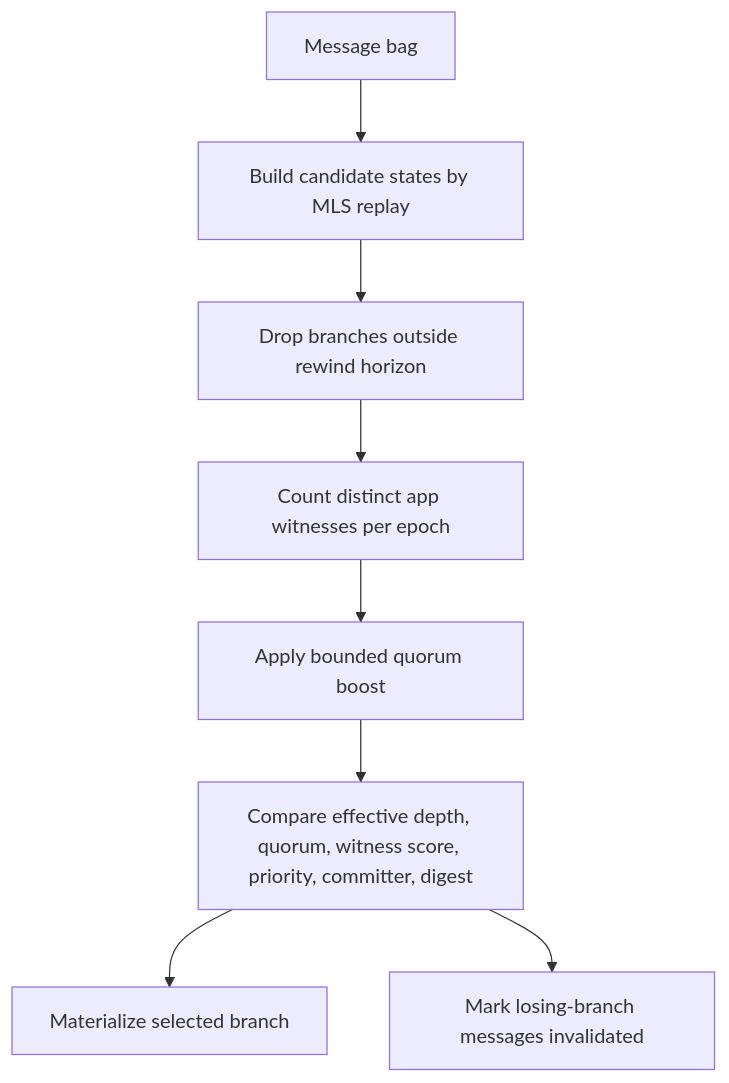
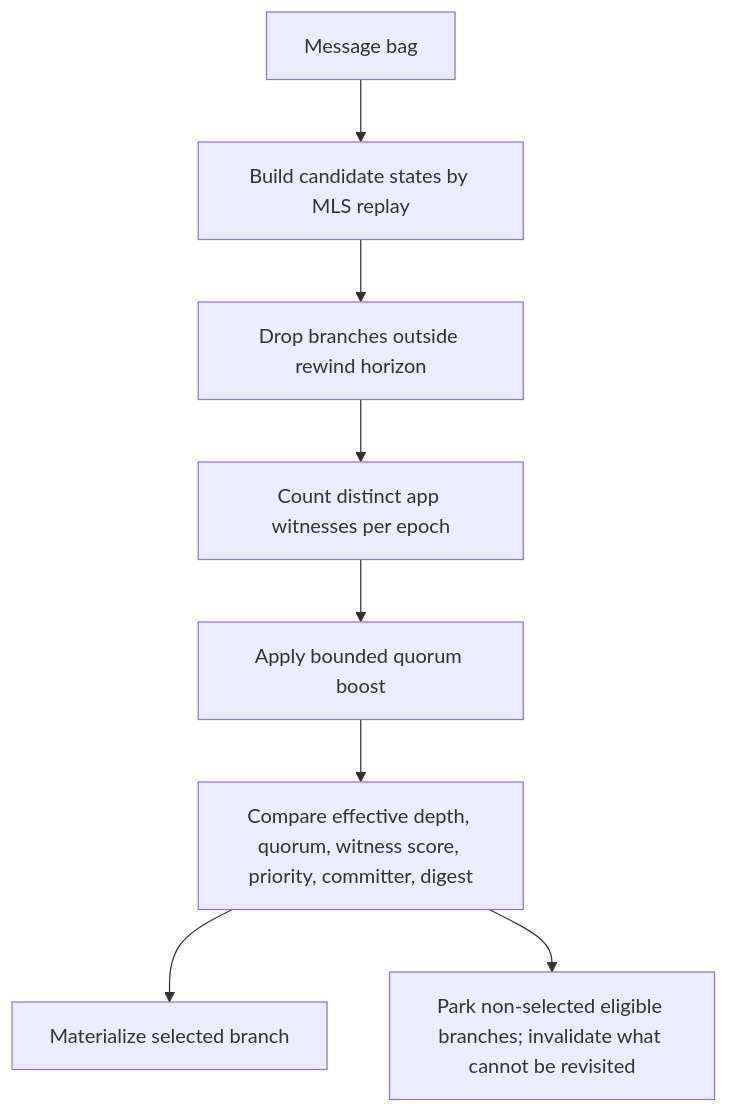
One commit to marmot-protocol/mdk changed the third of 3 diagrams in docs/marmot-architecture/distributed-convergence.md. Above: the diagram before and after it, drawn with Mermaid. The commit also changed other lines of this file and 4 other files, not shown here.

````diff
--- a/docs/marmot-architecture/distributed-convergence.md
+++ b/docs/marmot-architecture/distributed-convergence.md
@@ -208,10 +208,10 @@
 ```mermaid
 flowchart TD
     A["Message bag"] --> B["Build candidate states by MLS replay"]
     B --> C["Drop branches outside rewind horizon"]
     C --> D["Count distinct app witnesses per epoch"]
     D --> E["Apply bounded quorum boost"]
     E --> F["Compare effective depth, quorum, witness score, priority, committer, digest"]
     F --> G["Materialize selected branch"]
-    F --> H["Mark losing-branch messages invalidated"]
+    F --> H["Park non-selected eligible branches; invalidate what cannot be revisited"]
 ```
````
